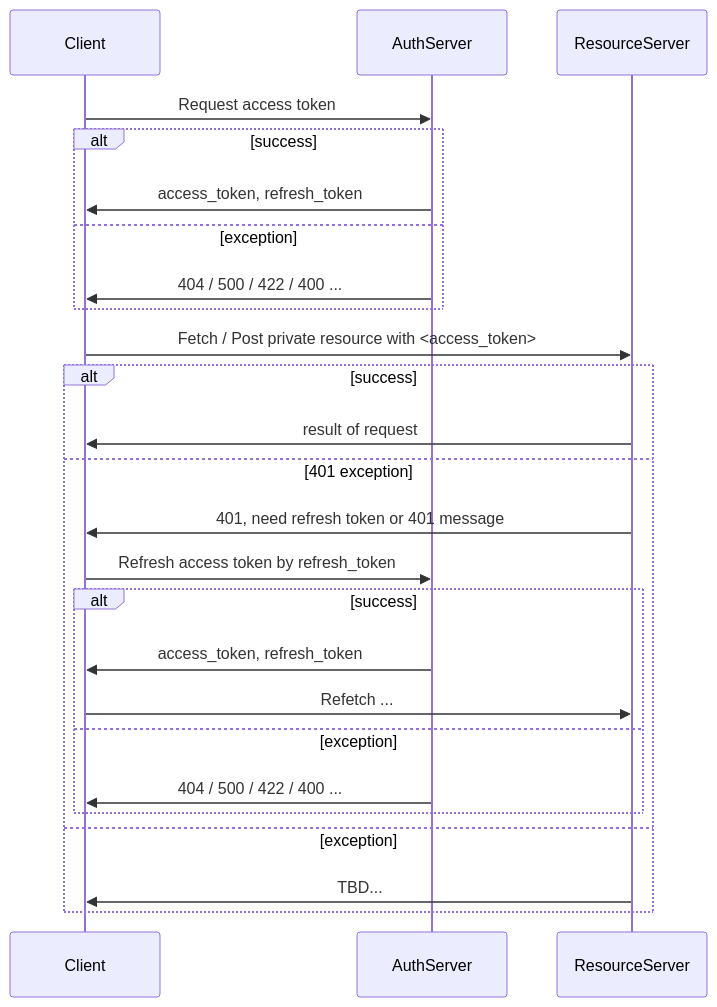
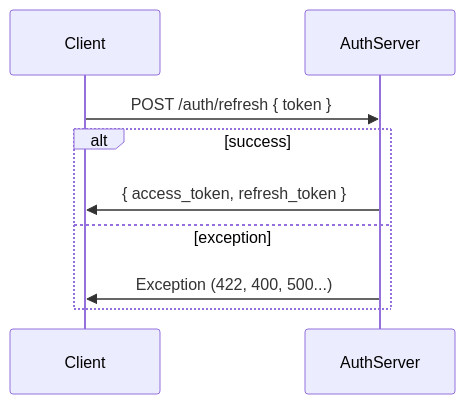
The third of 3 diagrams in docs/authentication/index.md (vuquangthinh/cs-standard), drawn with Mermaid before and after one commit. The commit also changed other lines of this file and 1 other file, not shown here.

Commit message:
add authenticate flow

````diff
--- a/docs/authentication/index.md
+++ b/docs/authentication/index.md
@@ -1,30 +31,12 @@
 ```mermaid
 sequenceDiagram
   participant C as Client
   participant A as AuthServer
-  participant R as ResourceServer
 
-  C->>A: Request access token
+  C->>A: POST /auth/refresh { token }
   alt success
-    A->>C: access_token, refresh_token
+    A->>C: { access_token, refresh_token }
   else exception
-    A->>C: 404 / 500 / 422 / 400 ...
+    A->>C: Exception (422, 400, 500...)
   end
-
-  C->>R: Fetch / Post private resource with <access_token>
-  alt success
-    R->>C: result of request
-  else 401 exception
-    R->>C: 401, need refresh token or 401 message
-    C->>A: Refresh access token by refresh_token
-    alt success
-    A->>C: access_token, refresh_token
-    C->>R: Refetch ...
-    else exception
-      A->>C: 404 / 500 / 422 / 400 ...
-    end
-  else exception
-    R->>C: TBD...
-  end
-
 ```
````
